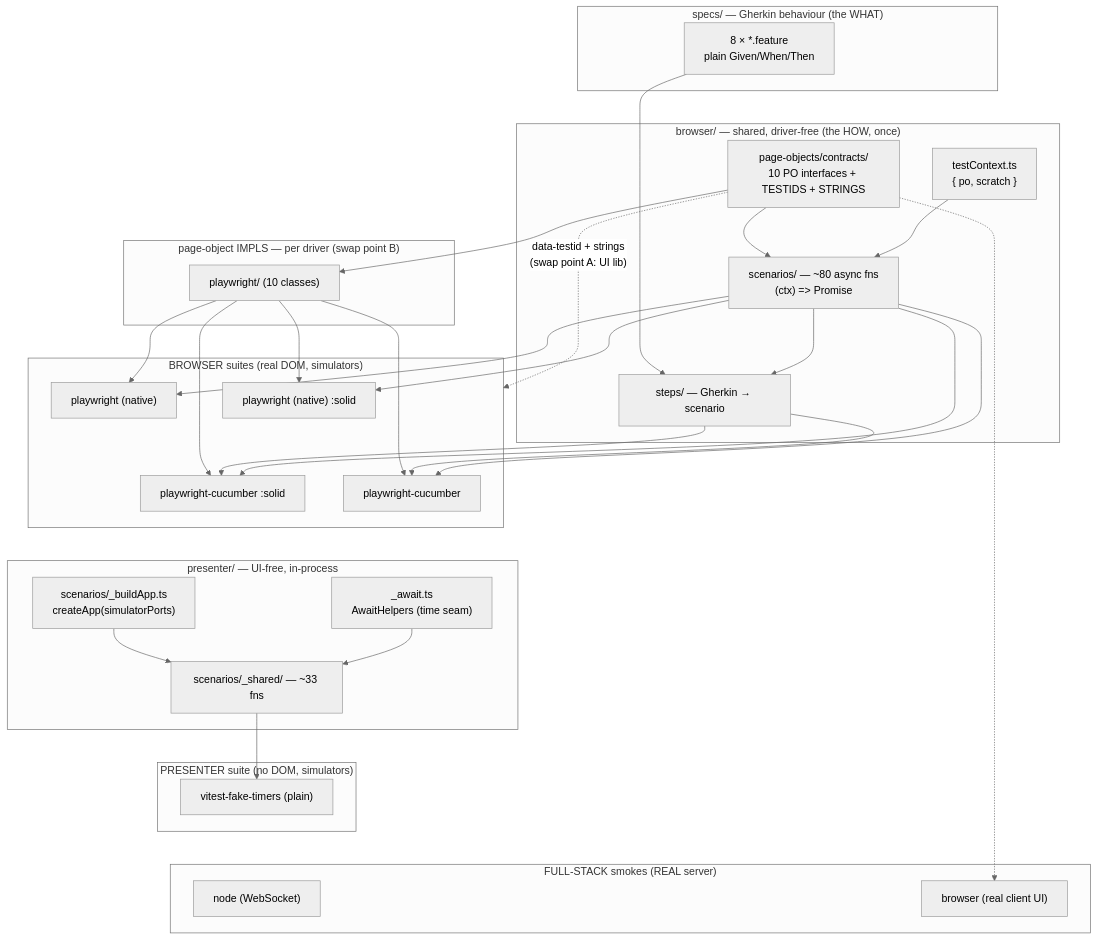
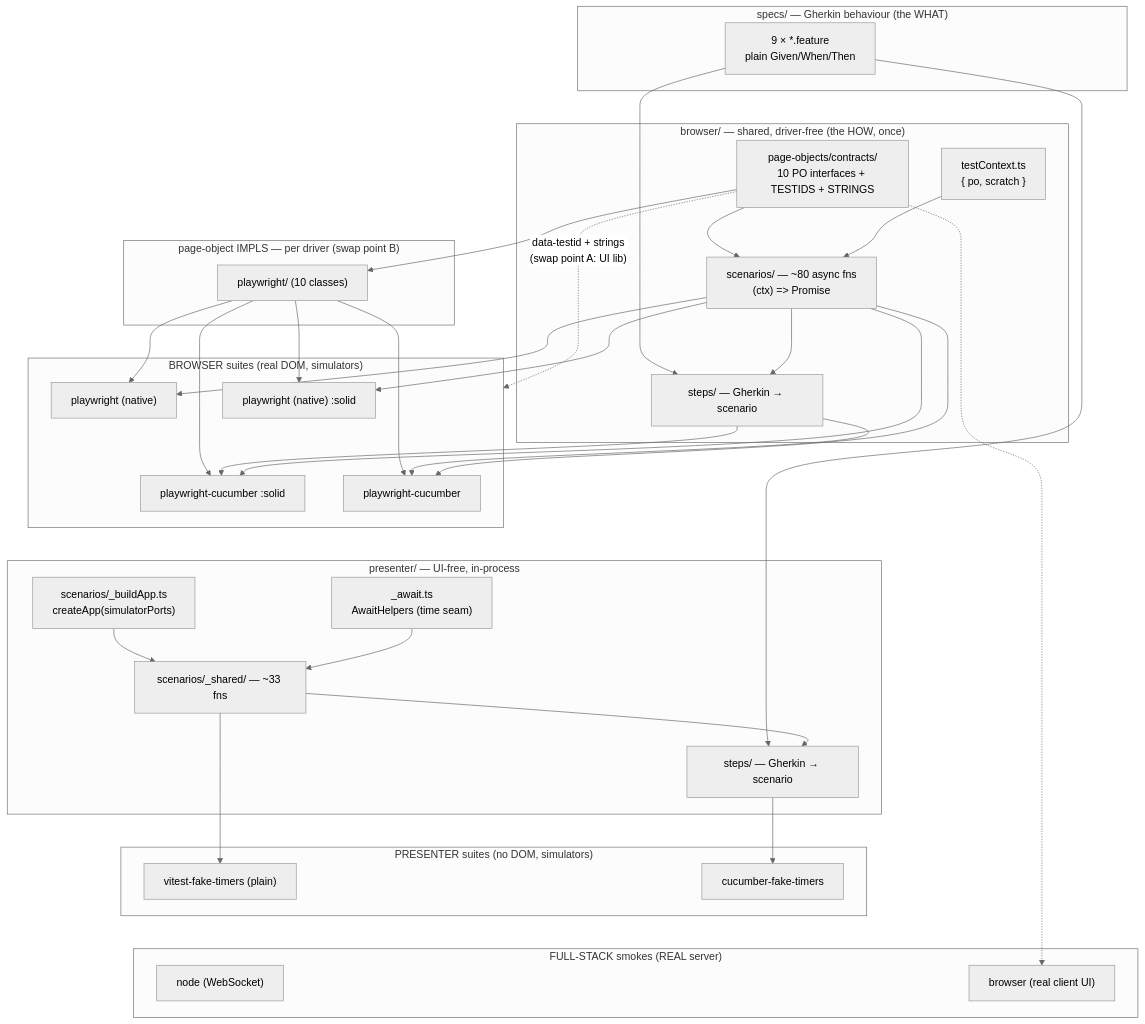
One commit to bettersoftware-io/ReactiveTraderCloudClone changed the diagram in tests/STRATEGY.md. Above: the diagram before and after it, drawn with Mermaid (neutral theme).

````diff
--- a/tests/STRATEGY.md
+++ b/tests/STRATEGY.md
@@ -187,72 +187,77 @@
 ```mermaid
 flowchart TB
     subgraph SPEC["specs/ — Gherkin behaviour (the WHAT)"]
-        FEAT["8 × *.feature<br/>plain Given/When/Then"]
+        FEAT["9 × *.feature<br/>plain Given/When/Then"]
     end
 
     subgraph BSHARED["browser/ — shared, driver-free (the HOW, once)"]
         CONTRACTS["page-objects/contracts/<br/>10 PO interfaces + TESTIDS + STRINGS"]
         BSCEN["scenarios/ — ~80 async fns<br/>(ctx) => Promise"]
         BSTEPS["steps/ — Gherkin → scenario"]
         BCTX["testContext.ts<br/>{ po, scratch }"]
     end
 
     subgraph PSHARED["presenter/ — UI-free, in-process"]
         BUILD["scenarios/_buildApp.ts<br/>createApp(simulatorPorts)"]
         PSCEN["scenarios/_shared/ — ~33 fns"]
         AWAIT["_await.ts<br/>AwaitHelpers (time seam)"]
+        PSTEPS["steps/ — Gherkin → scenario"]
     end
 
     subgraph DRV["page-object IMPLS — per driver (swap point B)"]
         PWPO["playwright/ (10 classes)"]
     end
 
     subgraph BROWSER["BROWSER suites (real DOM, simulators)"]
         B1["playwright (native)"]
         B2["playwright-cucumber"]
         B3["playwright (native) :solid"]
         B4["playwright-cucumber :solid"]
     end
 
-    subgraph PRES["PRESENTER suite (no DOM, simulators)"]
+    subgraph PRES["PRESENTER suites (no DOM, simulators)"]
         P1["vitest-fake-timers (plain)"]
+        P2["cucumber-fake-timers"]
     end
 
     subgraph FS["FULL-STACK smokes (REAL server)"]
         F1["node (WebSocket)"]
         F2["browser (real client UI)"]
     end
 
     FEAT --> BSTEPS
     CONTRACTS --> BSCEN
     CONTRACTS --> PWPO
     BSCEN --> BSTEPS
     BCTX --> BSCEN
 
     PWPO --> B1
     PWPO --> B2
     PWPO --> B3
     PWPO --> B4
     BSTEPS --> B2
     BSTEPS --> B4
     BSCEN --> B1
     BSCEN --> B2
     BSCEN --> B3
     BSCEN --> B4
 
     BUILD --> PSCEN
     AWAIT --> PSCEN
     PSCEN --> P1
+    FEAT --> PSTEPS
+    PSCEN --> PSTEPS
+    PSTEPS --> P2
 
     CONTRACTS -. "data-testid + strings<br/>(swap point A: UI lib)" .-> BROWSER
     CONTRACTS -.-> F2
 
     %% Layout only — invisible links stack the lanes vertically so GitHub
     %% doesn't tile the subgraphs side-by-side and shrink the whole diagram.
     FEAT ~~~ CONTRACTS
     FEAT ~~~ BCTX
     B3 ~~~ B4
     B1 ~~~ BUILD
     B2 ~~~ AWAIT
     P1 ~~~ F1
 ```
````
